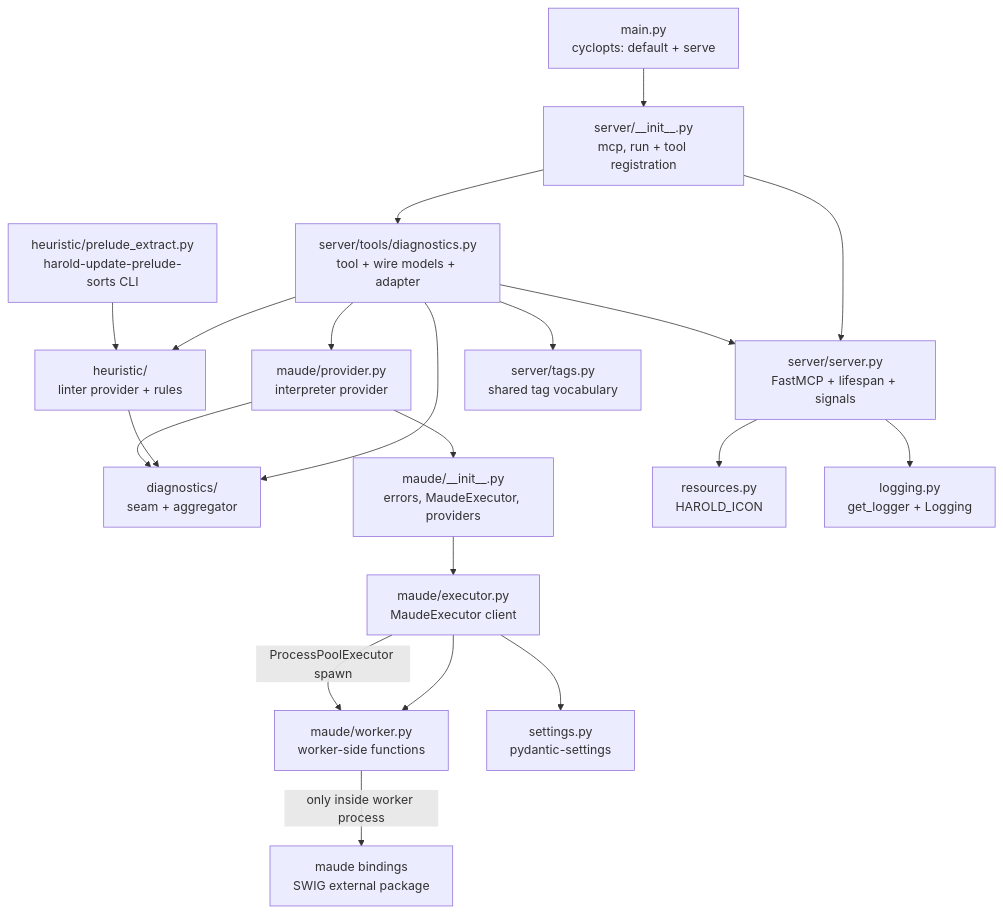
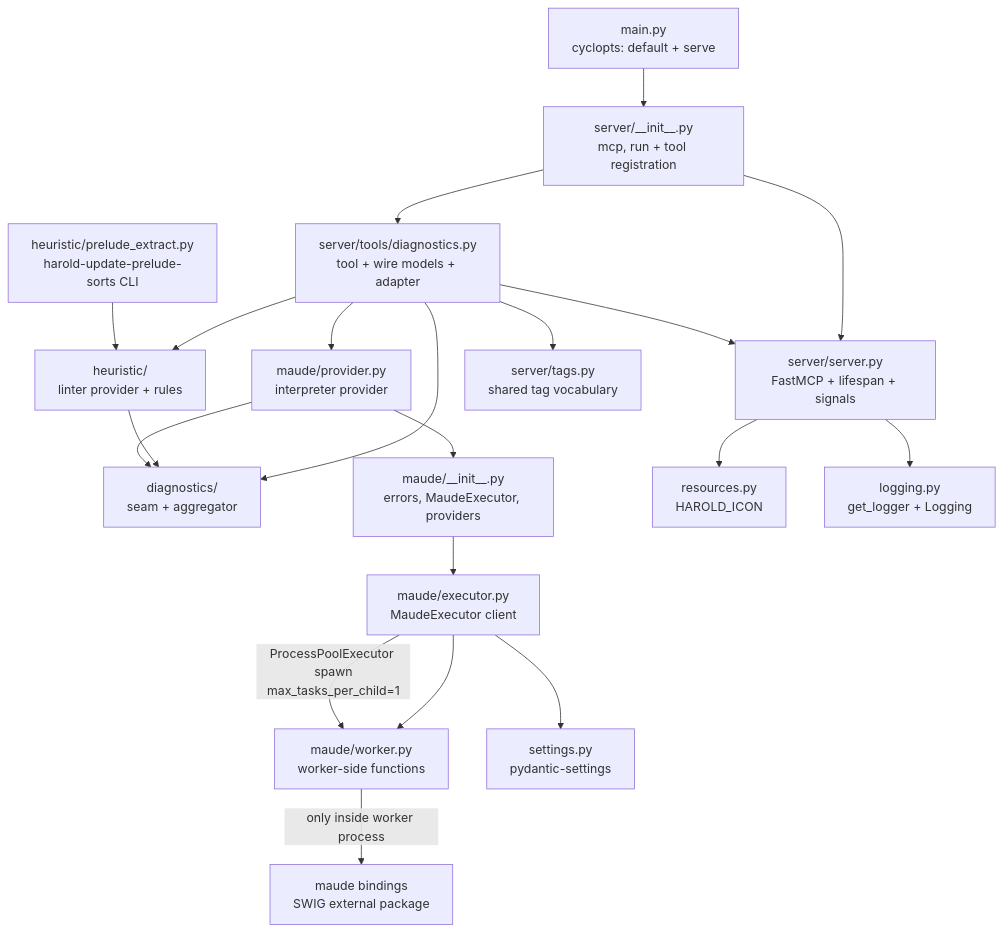
The first of 2 diagrams in harold-mcp/.agents/summary/architecture.md (demiourgoi/Harold), drawn with Mermaid before and after one commit. The commit also changed other lines of this file and 13 other files, not shown here.

````diff
--- a/harold-mcp/.agents/summary/architecture.md
+++ b/harold-mcp/.agents/summary/architecture.md
@@ -30,22 +34,22 @@
 ```mermaid
 graph TB
     main[main.py<br>cyclopts: default + serve] --> serverpkg[server/__init__.py<br>mcp, run + tool registration]
     serverpkg --> serversrv[server/server.py<br>FastMCP + lifespan + signals]
     serverpkg --> tools[server/tools/diagnostics.py<br>tool + wire models + adapter]
     tools --> diagpkg[diagnostics/<br>seam + aggregator]
     tools --> heurpkg[heuristic/<br>linter provider + rules]
     tools --> maudeprov[maude/provider.py<br>interpreter provider]
     tools --> serversrv
     tools --> tags[server/tags.py<br>shared tag vocabulary]
     heurpkg --> diagpkg
     maudeprov --> diagpkg
     maudeprov --> maudepkg[maude/__init__.py<br>errors, MaudeExecutor, providers]
     maudepkg --> executor[maude/executor.py<br>MaudeExecutor client]
     executor --> worker[maude/worker.py<br>worker-side functions]
     executor --> settings[settings.py<br>pydantic-settings]
     worker -->|only inside worker process| bindings[maude bindings<br>SWIG external package]
-    executor -->|ProcessPoolExecutor spawn| worker
+    executor -->|ProcessPoolExecutor spawn<br>max_tasks_per_child=1| worker
     cli[heuristic/prelude_extract.py<br>harold-update-prelude-sorts CLI] --> heurpkg
     serversrv --> resources[resources.py<br>HAROLD_ICON]
     serversrv --> logging[logging.py<br>get_logger + Logging]
 ```
````
